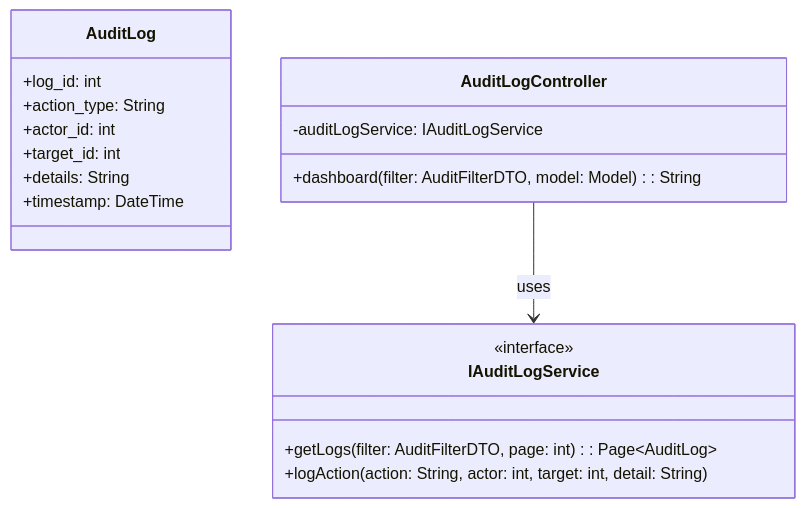
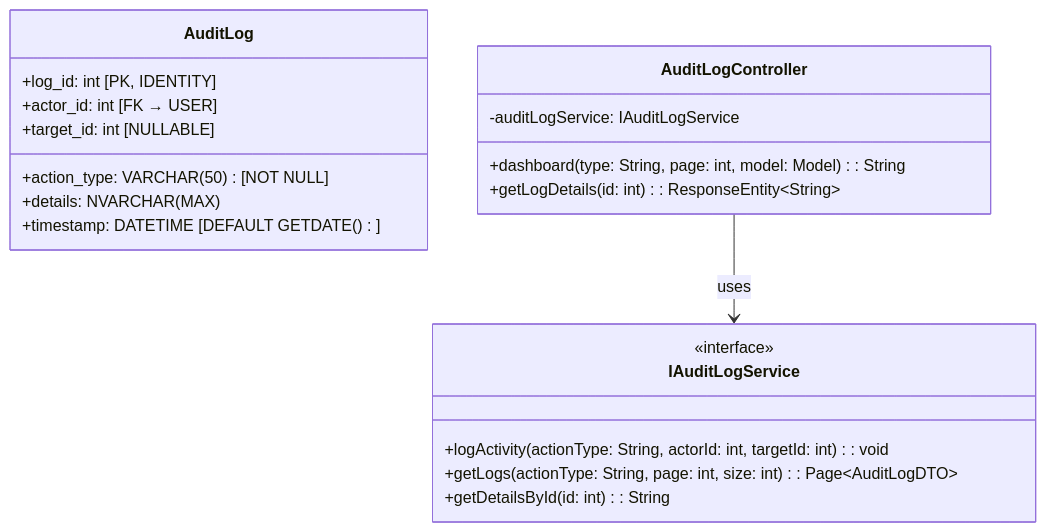
The first of 4 diagrams in 04_Implement/Module5/UC30/EDS_UC30_AuditLog.md (danhdac36/xoai-aura-retreat), drawn with Mermaid before and after one commit. The commit also changed other lines of this file and 3 other files, not shown here.

````diff
--- a/04_Implement/Module5/UC30/EDS_UC30_AuditLog.md
+++ b/04_Implement/Module5/UC30/EDS_UC30_AuditLog.md
@@ -145,22 +150,24 @@
 ```mermaid
 classDiagram
     class AuditLog {
-        +log_id: int
-        +action_type: String
-        +actor_id: int
-        +target_id: int
-        +details: String
-        +timestamp: DateTime
+        +log_id: int [PK, IDENTITY]
+        +action_type: VARCHAR(50) [NOT NULL]
+        +actor_id: int [FK → USER]
+        +target_id: int [NULLABLE]
+        +details: NVARCHAR(MAX)
+        +timestamp: DATETIME [DEFAULT GETDATE()]
     }
     class IAuditLogService {
         <<interface>>
-        +getLogs(filter: AuditFilterDTO, page: int): Page~AuditLog~
-        +logAction(action: String, actor: int, target: int, detail: String)
+        +logActivity(actionType: String, actorId: int, targetId: int): void
+        +getLogs(actionType: String, page: int, size: int): Page~AuditLogDTO~
+        +getDetailsById(id: int): String
     }
     class AuditLogController {
         -auditLogService: IAuditLogService
-        +dashboard(filter: AuditFilterDTO, model: Model): String
+        +dashboard(type: String, page: int, model: Model): String
+        +getLogDetails(id: int): ResponseEntity~String~
     }
 
     AuditLogController --> IAuditLogService : uses
 ```
````
